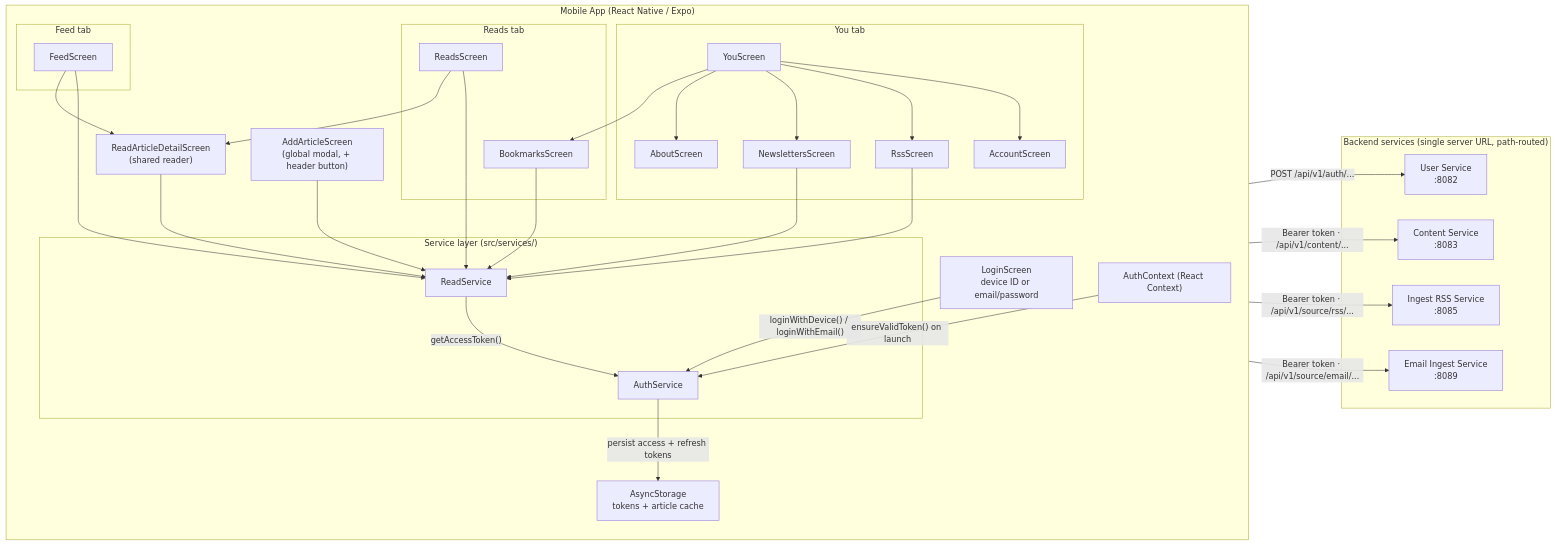
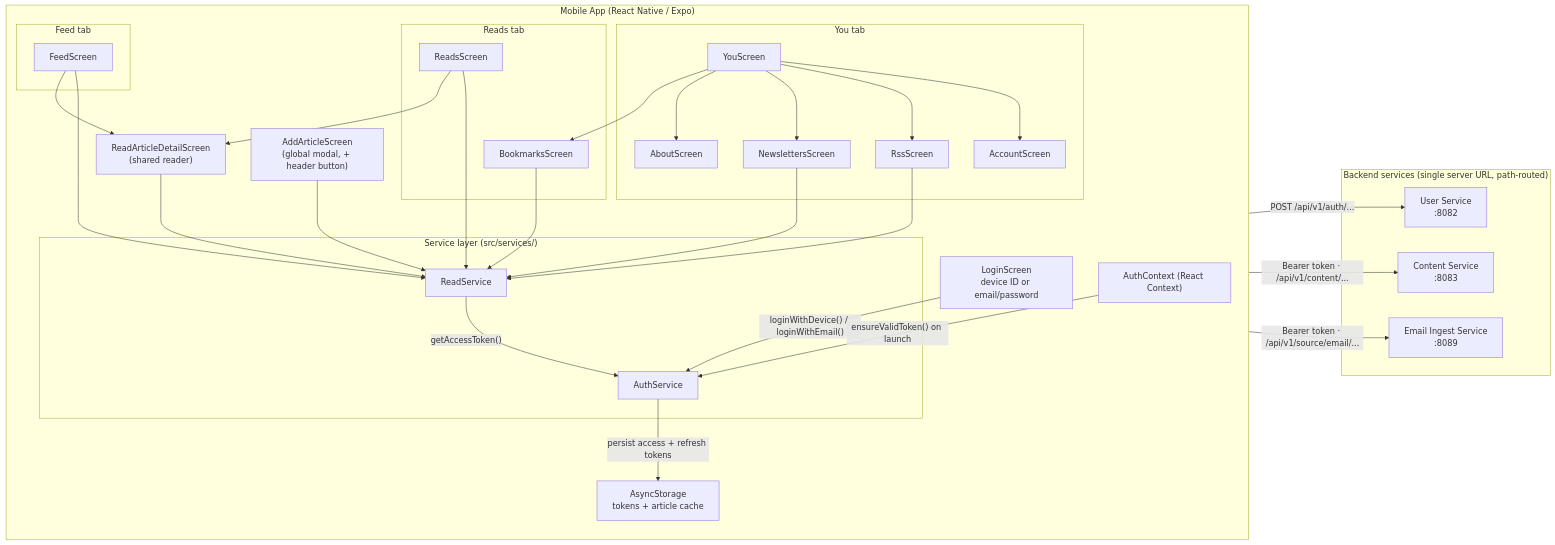
One commit to andrew-craig/cairn-reader changed the second of 8 diagrams in docs/ARCHITECTURE.md. Above: the diagram before and after it, drawn with Mermaid. The commit also changed other lines of this file and 50 other files, not shown here.

````diff
--- a/docs/ARCHITECTURE.md
+++ b/docs/ARCHITECTURE.md
@@ -101,70 +101,68 @@
 ```mermaid
 flowchart LR
     subgraph MobileApp["Mobile App (React Native / Expo)"]
         direction TB
         Login["LoginScreen<br/>device ID or email/password"]
         AddArticle["AddArticleScreen<br/>(global modal, + header button)"]
 
         subgraph FeedTab["Feed tab"]
             Feed["FeedScreen"]
         end
 
         subgraph ReadsTab["Reads tab"]
             Reads["ReadsScreen"]
             Bookmarks["BookmarksScreen"]
         end
 
         Detail["ReadArticleDetailScreen<br/>(shared reader)"]
 
         subgraph YouTab["You tab"]
             You["YouScreen"]
             Account["AccountScreen"]
             Rss["RssScreen"]
             Newsletters["NewslettersScreen"]
             About["AboutScreen"]
         end
 
         subgraph Services["Service layer (src/services/)"]
             AuthSvc["AuthService"]
             ReadSvc["ReadService"]
         end
 
         AuthCtx["AuthContext (React Context)"]
         Storage["AsyncStorage<br/>tokens + article cache"]
     end
 
     subgraph Backend["Backend services (single server URL, path-routed)"]
         UserSvc["User Service<br/>:8082"]
         Content["Content Service<br/>:8083"]
-        IngestRSS["Ingest RSS Service<br/>:8085"]
         EmailIngest["Email Ingest Service<br/>:8089"]
     end
 
     Login -->|"loginWithDevice() / loginWithEmail()"| AuthSvc
     AuthCtx -->|"ensureValidToken() on launch"| AuthSvc
     AuthSvc -->|"persist access + refresh tokens"| Storage
     AuthSvc -->|"POST /api/v1/auth/..."| UserSvc
 
     Feed --> ReadSvc
     Reads --> ReadSvc
     Bookmarks --> ReadSvc
     Detail --> ReadSvc
     AddArticle --> ReadSvc
     Rss --> ReadSvc
     Newsletters --> ReadSvc
 
     Feed --> Detail
     Reads --> Detail
 
     ReadSvc -->|"getAccessToken()"| AuthSvc
 
     ReadSvc -->|"Bearer token · /api/v1/content/..."| Content
-    ReadSvc -->|"Bearer token · /api/v1/source/rss/..."| IngestRSS
     ReadSvc -->|"Bearer token · /api/v1/source/email/..."| EmailIngest
 
     You --> Account
     You --> Rss
     You --> Newsletters
     You --> About
     You --> Bookmarks
 ```
````
